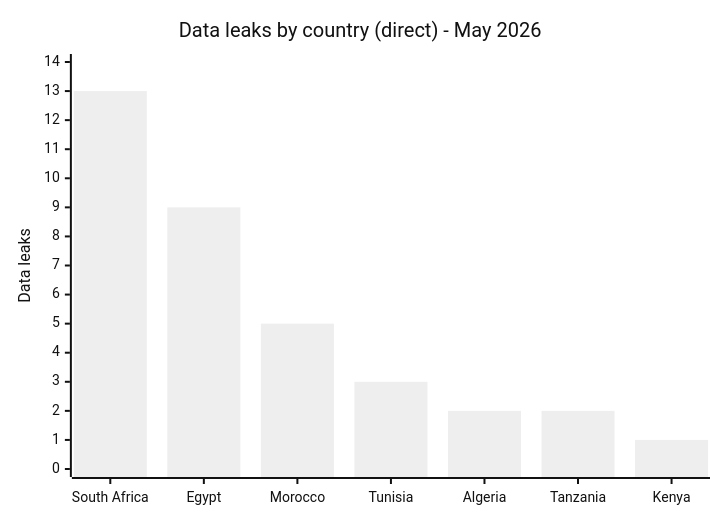
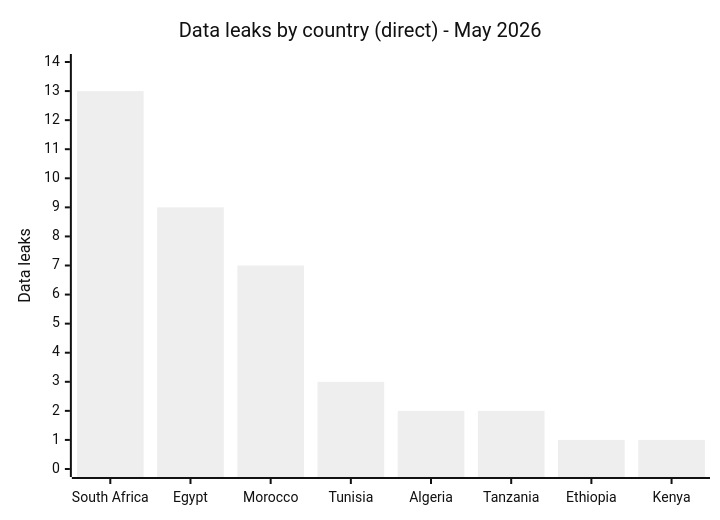
Before and after one commit to Hatchepsoute/AFRINTEL: the fourth of 7 diagrams in statistics/2026/05-may/README.md, drawn with Mermaid (neutral theme). The commit also changed other lines of this file and 28 other files, not shown here.

````diff
--- a/statistics/2026/05-may/README.md
+++ b/statistics/2026/05-may/README.md
@@ -153,7 +155,7 @@
 ```mermaid
 xychart-beta
     title "Data leaks by country (direct) - May 2026"
-    x-axis ["South Africa","Egypt","Morocco","Tunisia","Algeria","Tanzania","Kenya"]
+    x-axis ["South Africa","Egypt","Morocco","Tunisia","Algeria","Tanzania","Ethiopia","Kenya"]
     y-axis "Data leaks" 0 --> 14
-    bar [13,9,5,3,2,2,1]
+    bar [13,9,7,3,2,2,1,1]
 ```
````
